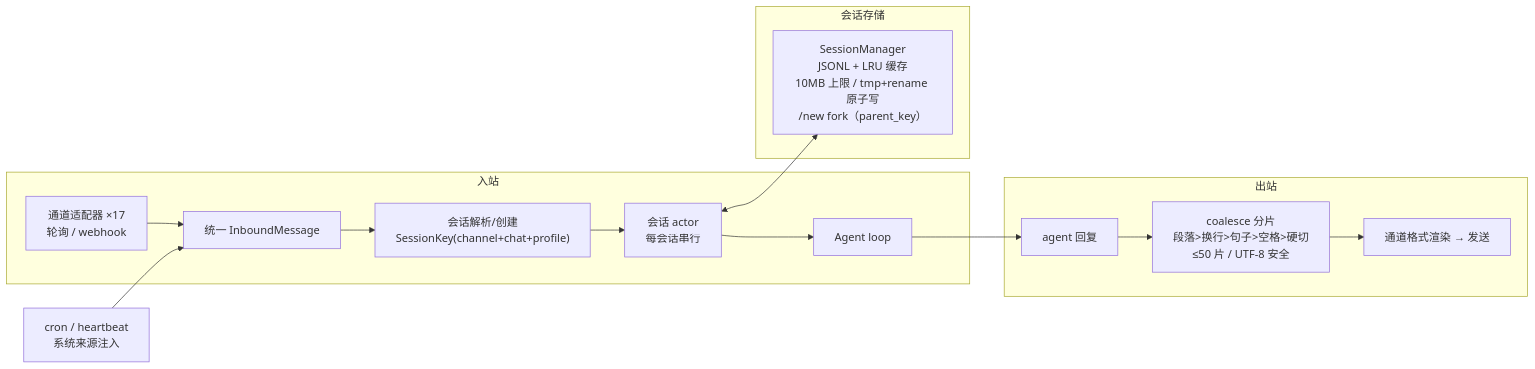
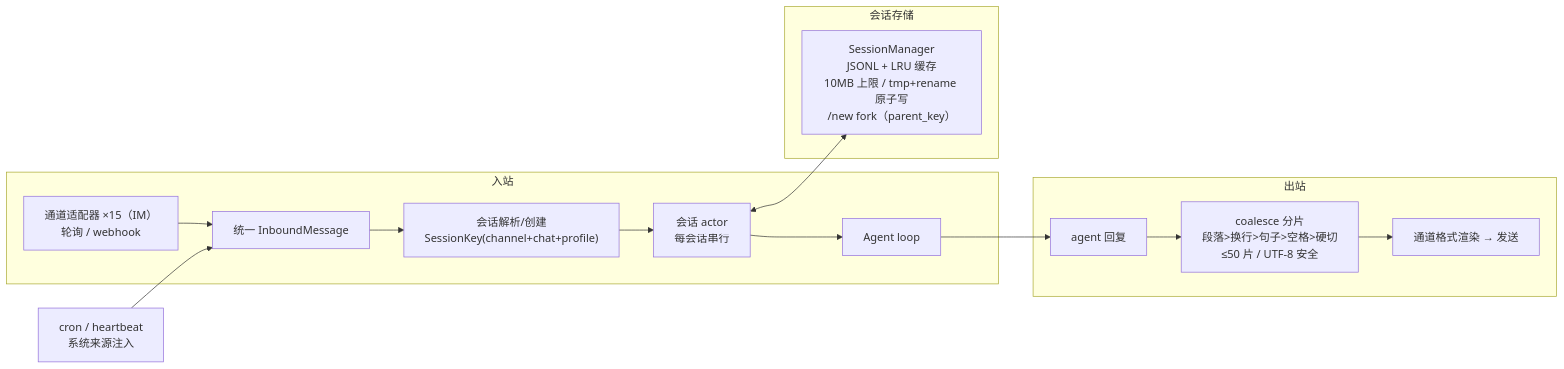
One commit to dorname/octos changed the sixth of 15 diagrams in logos/resources/prd/3-technical-plan/1-architecture/core-01-architecture-overview.md. Above: the diagram before and after it, drawn with Mermaid. The commit also changed other lines of this file and 13 other files, not shown here.

Commit message:
docs(fix-docs-mermaid-consistency): merge spec deltas — S17 时序图分号修复 + 数字口径 2026-09-29 核验对齐

````diff
--- a/logos/resources/prd/3-technical-plan/1-architecture/core-01-architecture-overview.md
+++ b/logos/resources/prd/3-technical-plan/1-architecture/core-01-architecture-overview.md
@@ -181,19 +210,19 @@
 ```mermaid
 graph LR
     subgraph "入站"
-        I1["通道适配器 ×17<br/>轮询 / webhook"] --> I2["统一 InboundMessage"]
+        I1["通道适配器 ×15（IM）<br/>轮询 / webhook"] --> I2["统一 InboundMessage"]
         I2 --> I3["会话解析/创建<br/>SessionKey(channel+chat+profile)"]
         I3 --> I4["会话 actor<br/>每会话串行"]
         I4 --> I5["Agent loop"]
     end
     subgraph "会话存储"
         SS["SessionManager<br/>JSONL + LRU 缓存<br/>10MB 上限 / tmp+rename 原子写<br/>/new fork（parent_key）"]
     end
     I4 <--> SS
     subgraph "出站"
         O1["agent 回复"] --> O2["coalesce 分片<br/>段落>换行>句子>空格>硬切<br/>≤50 片 / UTF-8 安全"]
         O2 --> O3["通道格式渲染 → 发送"]
     end
     I5 --> O1
     CR["cron / heartbeat<br/>系统来源注入"] --> I2
 ```
````
